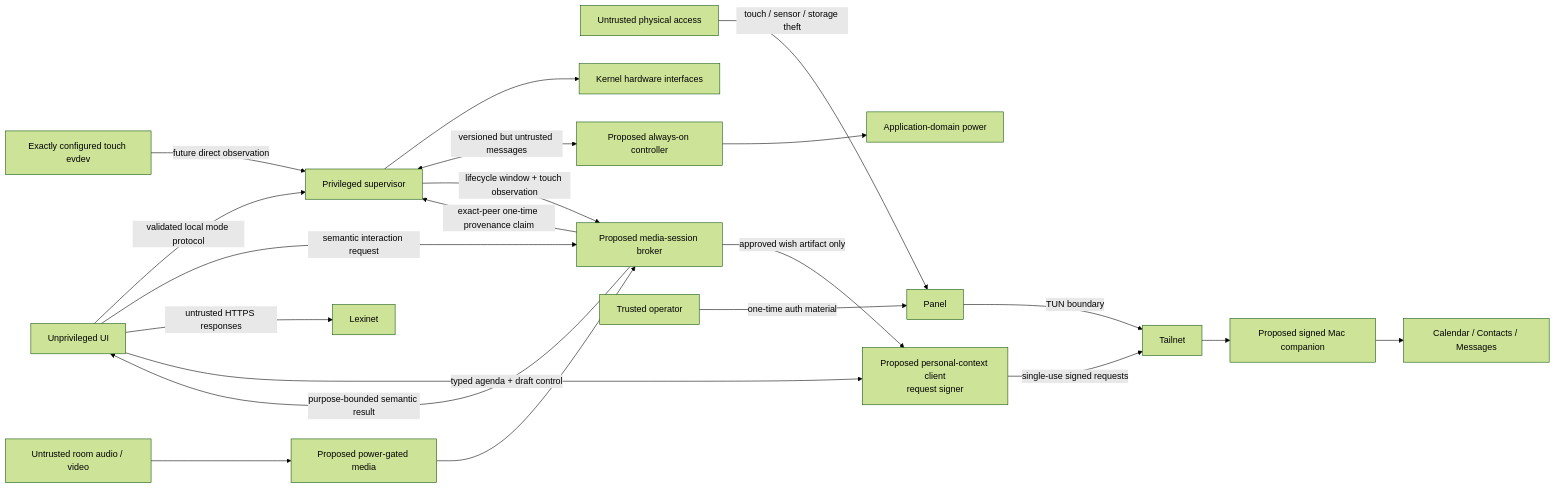
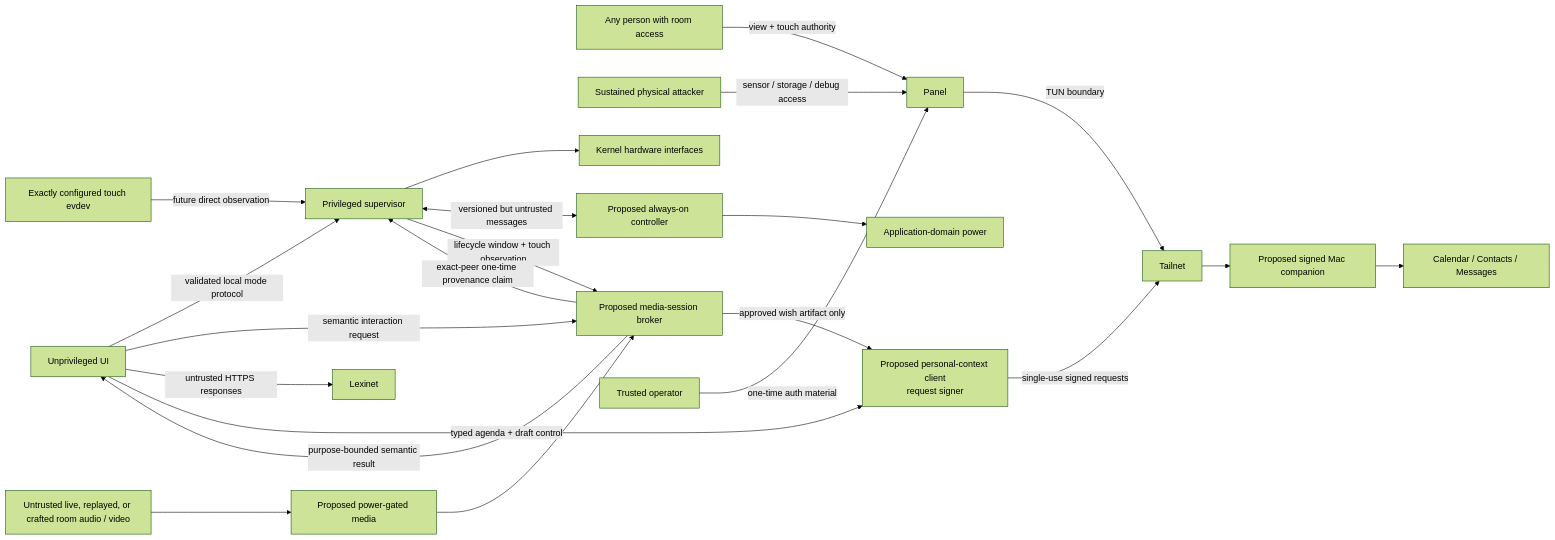
One commit to scshafe/embedded-house-panel changed the diagram in docs/security/threat-model.md. Above: the diagram before and after it, drawn with Mermaid (forest theme). The commit also changed other lines of this file and 13 other files, not shown here.

````diff
--- a/docs/security/threat-model.md
+++ b/docs/security/threat-model.md
@@ -40,23 +48,24 @@
 ```mermaid
 flowchart LR
-    PHYSICAL["Untrusted physical access"] -->|"touch / sensor / storage theft"| DEVICE["Panel"]
+    ROOM_PERSON["Any person with room access"] -->|"view + touch authority"| DEVICE["Panel"]
+    PHYSICAL["Sustained physical attacker"] -->|"sensor / storage / debug access"| DEVICE
     UI["Unprivileged UI"] -->|"validated local mode protocol"| SUP["Privileged supervisor"]
     SUP --> KERNEL["Kernel hardware interfaces"]
     SUP <-->|"versioned but untrusted messages"| MCU["Proposed always-on controller"]
     MCU --> POWER["Application-domain power"]
-    ROOM["Untrusted room audio / video"] --> MEDIA["Proposed power-gated media"]
+    ROOM["Untrusted live, replayed, or crafted room audio / video"] --> MEDIA["Proposed power-gated media"]
     TOUCH["Exactly configured touch evdev"] -->|"future direct observation"| SUP
     SUP -->|"lifecycle window + touch observation"| BROKER["Proposed media-session broker"]
     BROKER -->|"exact-peer one-time provenance claim"| SUP
     MEDIA --> BROKER
     UI -->|"semantic interaction request"| BROKER
     BROKER -->|"purpose-bounded semantic result"| UI
     UI -->|"untrusted HTTPS responses"| LEX["Lexinet"]
     DEVICE -->|"TUN boundary"| TAIL["Tailnet"]
     UI -->|"typed agenda + draft control"| CLIENT["Proposed personal-context client\nrequest signer"]
     BROKER -->|"approved wish artifact only"| CLIENT
     CLIENT -->|"single-use signed requests"| TAIL
     TAIL --> MAC["Proposed signed Mac companion"]
     MAC --> PERSONAL["Calendar / Contacts / Messages"]
     PROVISIONER["Trusted operator"] -->|"one-time auth material"| DEVICE
 ```
````
